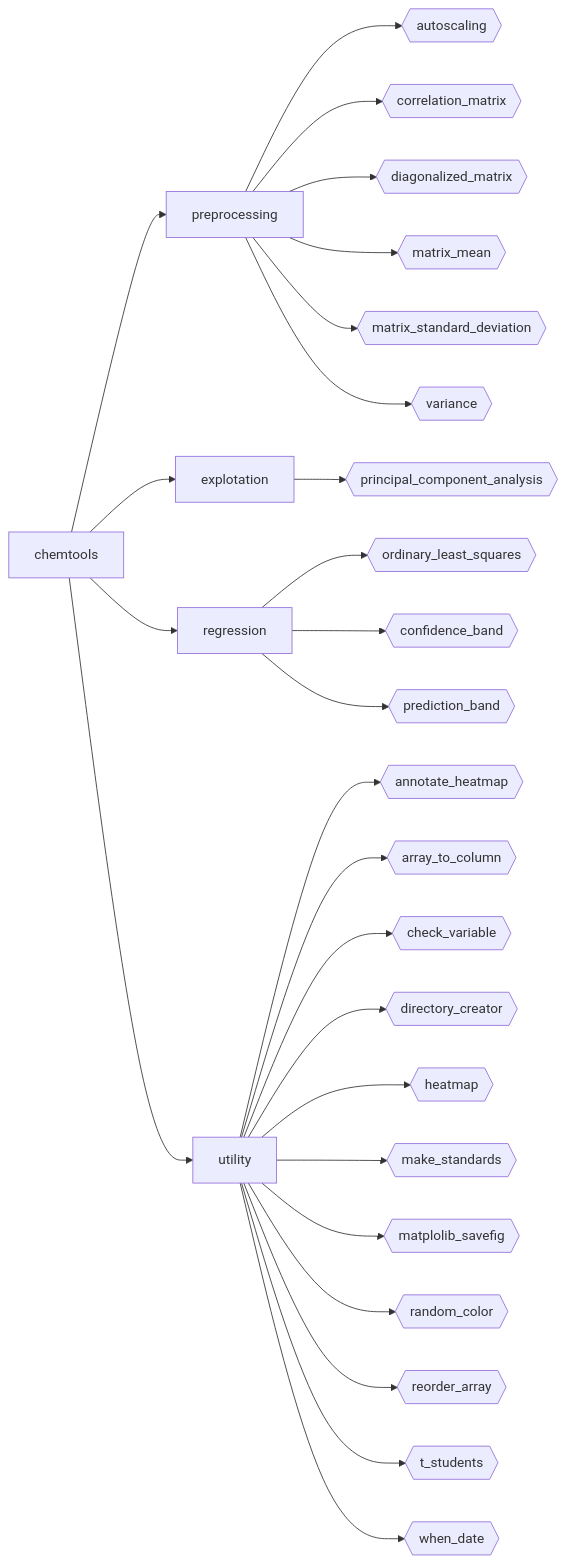
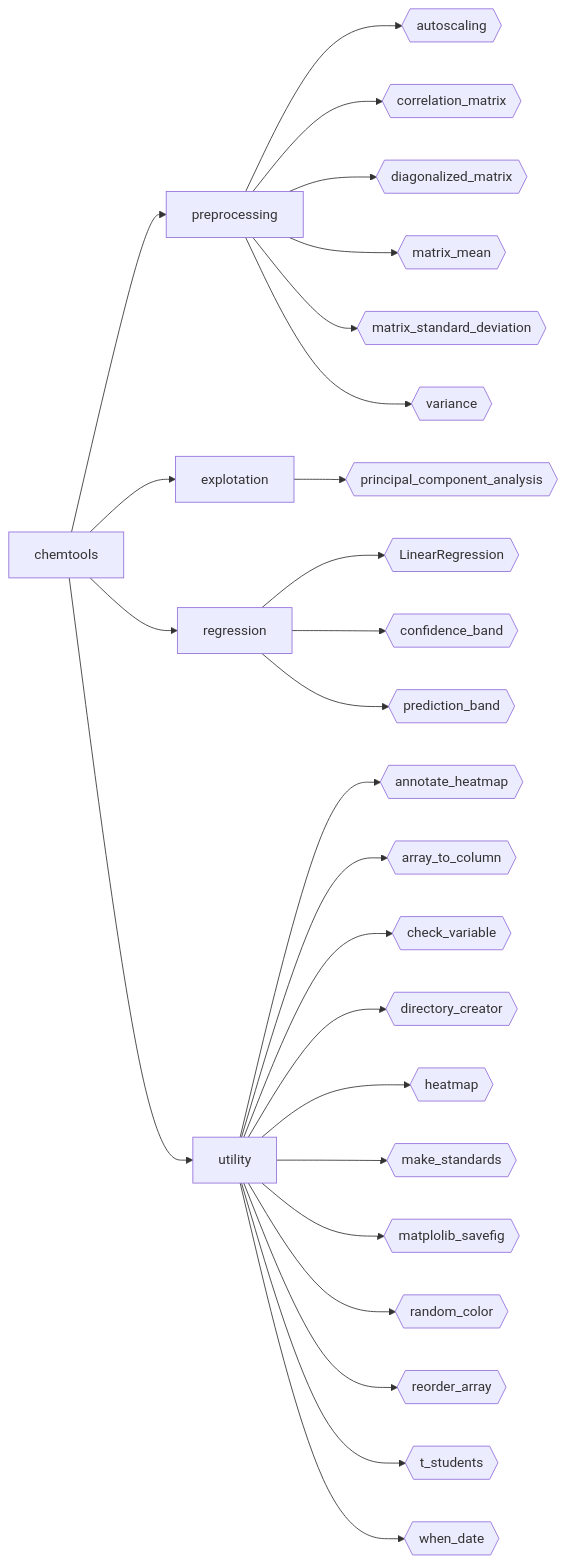
The diagram in README.md (MGriot/chemtools), drawn with Mermaid before and after one commit. The commit also changed 14 other files, not shown here.

First line of the commit message:
Creato la classe LinearRegression

````diff
--- a/README.md
+++ b/README.md
@@ -6,34 +6,34 @@
 ```mermaid
 flowchart LR
 
 chemtools --> preprocessing
 chemtools --> explotation
 chemtools --> regression
 chemtools --> utility
 
 
 preprocessing --> pp_fun1{{autoscaling}}
 preprocessing --> pp_fun2{{correlation_matrix}}
 preprocessing --> pp_fun3{{diagonalized_matrix}}
 preprocessing --> pp_fun4{{matrix_mean}}
 preprocessing --> pp_fun5{{matrix_standard_deviation}}
 preprocessing --> pp_fun6{{variance}}
 
 explotation --> cl_fun1{{principal_component_analysis}}
 
-regression --> re_fun_1{{ordinary_least_squares}}
+regression --> re_fun_1{{LinearRegression}}
 regression --> re_fun_2{{confidence_band}}
 regression --> re_fun_3{{prediction_band}}
 
 utility --> ut_fun_1{{annotate_heatmap}}
 utility --> ut_fun_2{{array_to_column}}
 utility --> ut_fun_3{{check_variable}}
 utility --> ut_fun_4{{directory_creator}}
 utility --> ut_fun_5{{heatmap}}
 utility --> ut_fun_6{{make_standards}}
 utility --> ut_fun_7{{matplolib_savefig}}
 utility --> ut_fun_8{{random_color}}
 utility --> ut_fun_9{{reorder_array}}
 utility --> ut_fun_10{{t_students}}
 utility --> ut_fun_11{{when_date}}
 ```
````
